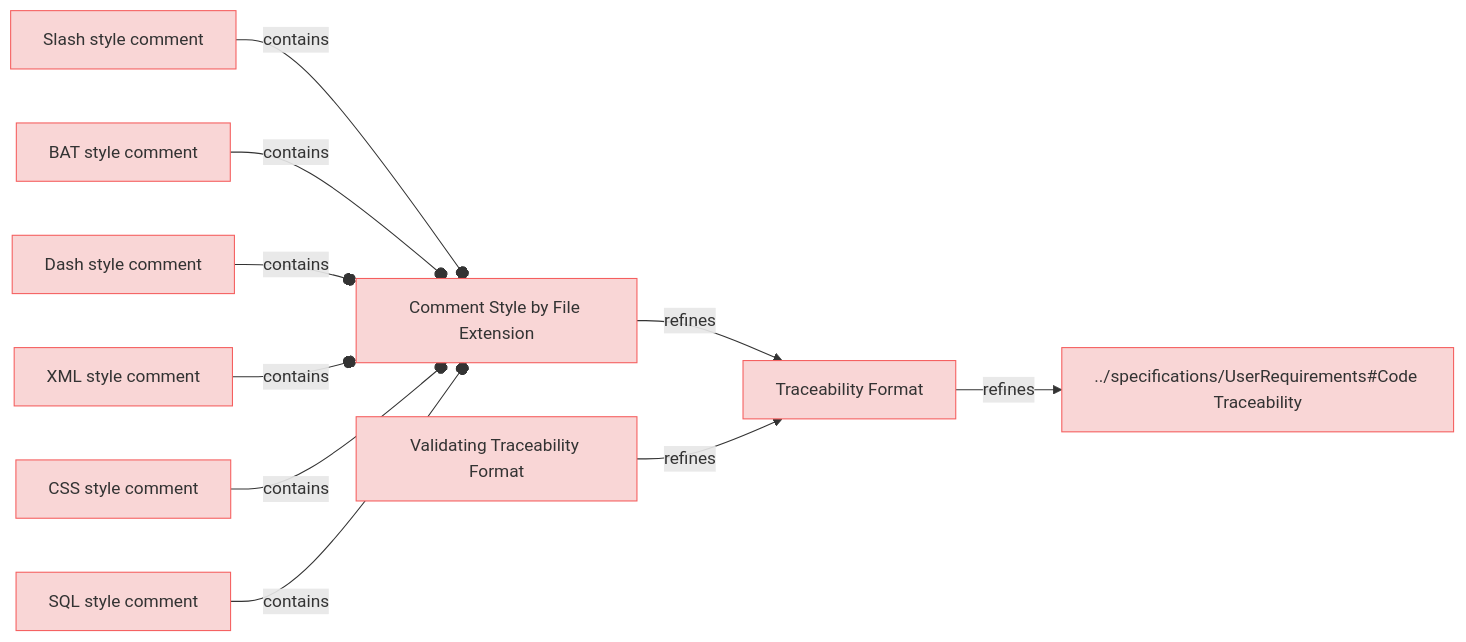
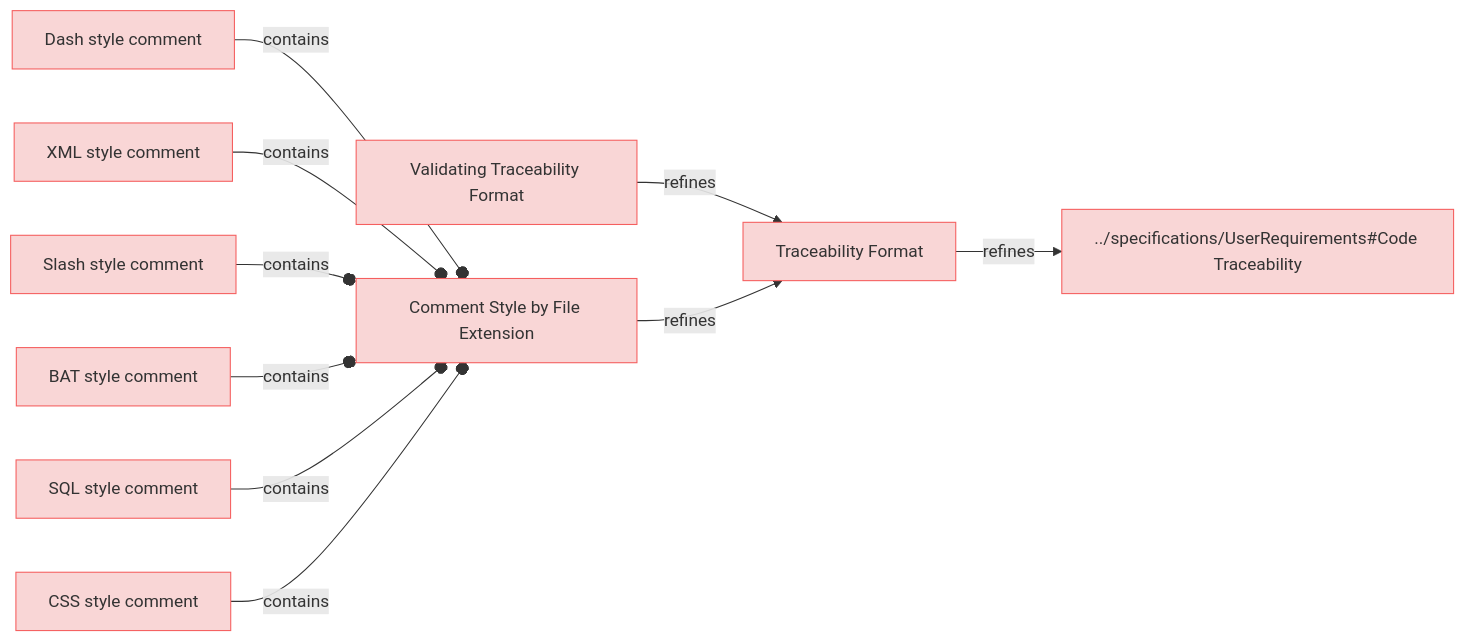
The diagram in specifications/CodeTraecabilityRequirements.md (reqvire-org/reqvire), drawn with Mermaid before and after one commit. The commit also changed 16 other files, not shown here.

````diff
--- a/specifications/CodeTraecabilityRequirements.md
+++ b/specifications/CodeTraecabilityRequirements.md
@@ -4,48 +4,48 @@
 ```mermaid
 graph LR;
   %% Graph styling
   classDef requirement fill:#f9d6d6,stroke:#f55f5f,stroke-width:1px;
   classDef verification fill:#d6f9d6,stroke:#5fd75f,stroke-width:1px;
   classDef externalLink fill:#d0e0ff,stroke:#3080ff,stroke-width:1px;
   classDef default fill:#f5f5f5,stroke:#333333,stroke-width:1px;
 
-  e7b2735ad78db7f7["Slash style comment"];
-  click e7b2735ad78db7f7 "https://github.com/Reqvire/reqvire/blob/92e82ef235559b4819fd85d700024b79b452d8e3/specifications/CodeTraecabilityRequirements.md#slash-style-comment";
-  class e7b2735ad78db7f7 requirement;
+  8086d70961a4c09["Traceability Format"];
+  click 8086d70961a4c09 "https://github.com/Reqvire/reqvire/blob/30536324899084e88969175e3613c971ffa6e108/specifications/CodeTraecabilityRequirements.md#traceability-format";
+  class 8086d70961a4c09 requirement;
+  8c02a4fb740392b["../specifications/UserRequirements#Code Traceability"];
+  class 8c02a4fb740392b requirement;
+  click 8c02a4fb740392b "https://github.com/Reqvire/reqvire/blob/30536324899084e88969175e3613c971ffa6e108/specifications/UserRequirements.md#code-traceability";
+  8086d70961a4c09 -->|refines| 8c02a4fb740392b;
+  1e4723b5a9d499c3["Validating Traceability Format"];
+  click 1e4723b5a9d499c3 "https://github.com/Reqvire/reqvire/blob/30536324899084e88969175e3613c971ffa6e108/specifications/CodeTraecabilityRequirements.md#validating-traceability-format";
+  class 1e4723b5a9d499c3 requirement;
+  1e4723b5a9d499c3 -->|refines| 8086d70961a4c09;
+  e7305180ad512acd["Dash style comment"];
+  click e7305180ad512acd "https://github.com/Reqvire/reqvire/blob/30536324899084e88969175e3613c971ffa6e108/specifications/CodeTraecabilityRequirements.md#dash-style-comment";
+  class e7305180ad512acd requirement;
   c332a9a7fee51b73["Comment Style by File Extension"];
   class c332a9a7fee51b73 requirement;
-  click c332a9a7fee51b73 "https://github.com/Reqvire/reqvire/blob/92e82ef235559b4819fd85d700024b79b452d8e3/specifications/CodeTraecabilityRequirements.md#comment-style-by-file-extension";
+  click c332a9a7fee51b73 "https://github.com/Reqvire/reqvire/blob/30536324899084e88969175e3613c971ffa6e108/specifications/CodeTraecabilityRequirements.md#comment-style-by-file-extension";
+  e7305180ad512acd --o|contains| c332a9a7fee51b73;
+  f02fa9023214d641["XML style comment"];
+  click f02fa9023214d641 "https://github.com/Reqvire/reqvire/blob/30536324899084e88969175e3613c971ffa6e108/specifications/CodeTraecabilityRequirements.md#xml-style-comment";
+  class f02fa9023214d641 requirement;
+  f02fa9023214d641 --o|contains| c332a9a7fee51b73;
+  c332a9a7fee51b73 -->|refines| 8086d70961a4c09;
+  e7b2735ad78db7f7["Slash style comment"];
+  click e7b2735ad78db7f7 "https://github.com/Reqvire/reqvire/blob/30536324899084e88969175e3613c971ffa6e108/specifications/CodeTraecabilityRequirements.md#slash-style-comment";
+  class e7b2735ad78db7f7 requirement;
   e7b2735ad78db7f7 --o|contains| c332a9a7fee51b73;
-  8086d70961a4c09["Traceability Format"];
-  class 8086d70961a4c09 requirement;
-  click 8086d70961a4c09 "https://github.com/Reqvire/reqvire/blob/92e82ef235559b4819fd85d700024b79b452d8e3/specifications/CodeTraecabilityRequirements.md#traceability-format";
-  c332a9a7fee51b73 -->|refines| 8086d70961a4c09;
   d6b76d3e1a3056ce["BAT style comment"];
-  click d6b76d3e1a3056ce "https://github.com/Reqvire/reqvire/blob/92e82ef235559b4819fd85d700024b79b452d8e3/specifications/CodeTraecabilityRequirements.md#bat-style-comment";
+  click d6b76d3e1a3056ce "https://github.com/Reqvire/reqvire/blob/30536324899084e88969175e3613c971ffa6e108/specifications/CodeTraecabilityRequirements.md#bat-style-comment";
   class d6b76d3e1a3056ce requirement;
   d6b76d3e1a3056ce --o|contains| c332a9a7fee51b73;
-  e7305180ad512acd["Dash style comment"];
-  click e7305180ad512acd "https://github.com/Reqvire/reqvire/blob/92e82ef235559b4819fd85d700024b79b452d8e3/specifications/CodeTraecabilityRequirements.md#dash-style-comment";
-  class e7305180ad512acd requirement;
-  e7305180ad512acd --o|contains| c332a9a7fee51b73;
-  f02fa9023214d641["XML style comment"];
-  click f02fa9023214d641 "https://github.com/Reqvire/reqvire/blob/92e82ef235559b4819fd85d700024b79b452d8e3/specifications/CodeTraecabilityRequirements.md#xml-style-comment";
-  class f02fa9023214d641 requirement;
-  f02fa9023214d641 --o|contains| c332a9a7fee51b73;
-  1e4723b5a9d499c3["Validating Traceability Format"];
-  click 1e4723b5a9d499c3 "https://github.com/Reqvire/reqvire/blob/92e82ef235559b4819fd85d700024b79b452d8e3/specifications/CodeTraecabilityRequirements.md#validating-traceability-format";
-  class 1e4723b5a9d499c3 requirement;
-  1e4723b5a9d499c3 -->|refines| 8086d70961a4c09;
+  cb7a50ba5073bd8f["SQL style comment"];
+  click cb7a50ba5073bd8f "https://github.com/Reqvire/reqvire/blob/30536324899084e88969175e3613c971ffa6e108/specifications/CodeTraecabilityRequirements.md#sql-style-comment";
+  class cb7a50ba5073bd8f requirement;
+  cb7a50ba5073bd8f --o|contains| c332a9a7fee51b73;
   240322b67055a395["CSS style comment"];
-  click 240322b67055a395 "https://github.com/Reqvire/reqvire/blob/92e82ef235559b4819fd85d700024b79b452d8e3/specifications/CodeTraecabilityRequirements.md#css-style-comment";
+  click 240322b67055a395 "https://github.com/Reqvire/reqvire/blob/30536324899084e88969175e3613c971ffa6e108/specifications/CodeTraecabilityRequirements.md#css-style-comment";
   class 240322b67055a395 requirement;
   240322b67055a395 --o|contains| c332a9a7fee51b73;
-  8c02a4fb740392b["../specifications/UserRequirements#Code Traceability"];
-  class 8c02a4fb740392b requirement;
-  click 8c02a4fb740392b "https://github.com/Reqvire/reqvire/blob/92e82ef235559b4819fd85d700024b79b452d8e3/specifications/UserRequirements.md#code-traceability";
-  8086d70961a4c09 -->|refines| 8c02a4fb740392b;
-  cb7a50ba5073bd8f["SQL style comment"];
-  click cb7a50ba5073bd8f "https://github.com/Reqvire/reqvire/blob/92e82ef235559b4819fd85d700024b79b452d8e3/specifications/CodeTraecabilityRequirements.md#sql-style-comment";
-  class cb7a50ba5073bd8f requirement;
-  cb7a50ba5073bd8f --o|contains| c332a9a7fee51b73;
 ```
````
